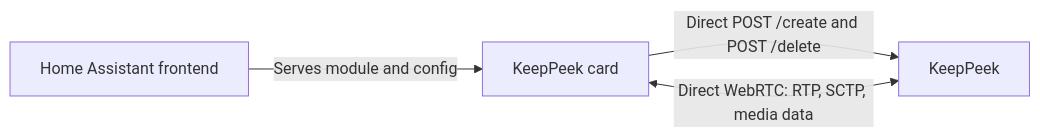
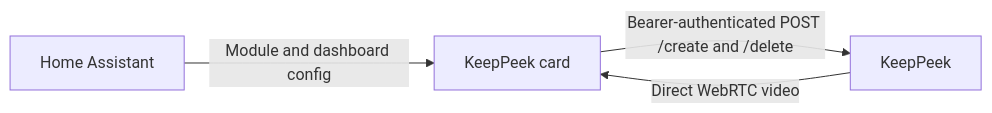
The diagram in docs/home-assistant.md (xnorpx/keeppeek), drawn with Mermaid before and after one commit. The commit also changed other lines of this file and 46 other files, not shown here.

First line of the commit message:
feat: add Home Assistant card with real Lovelace tests

````diff
--- a/docs/home-assistant.md
+++ b/docs/home-assistant.md
@@ -14,6 +8,6 @@
 ```mermaid
 flowchart LR
-    H[Home Assistant frontend] -->|Serves module and config| B[KeepPeek card]
-    B -->|Direct POST /create and POST /delete| K[KeepPeek]
-    B <-->|Direct WebRTC: RTP, SCTP, media data| K
+    H[Home Assistant] -->|Module and dashboard config| B[KeepPeek card]
+    B -->|Bearer-authenticated POST /create and /delete| K[KeepPeek]
+    K -->|Direct WebRTC video| B
 ```
````
